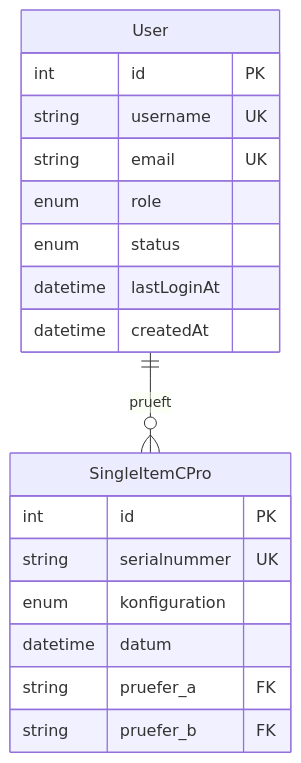
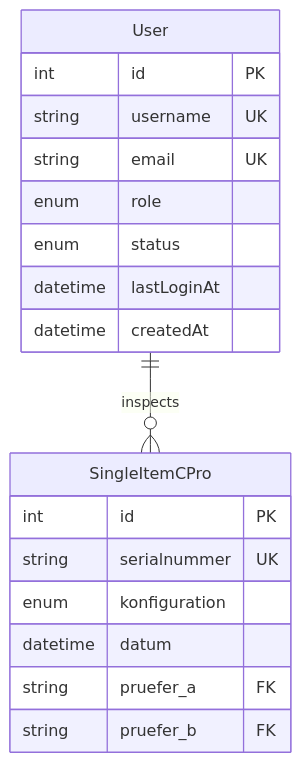
The second of 3 diagrams in docs/data/schema.de.md (JayeshKakkad-Rotoclear/Etikettdruck), drawn with Mermaid before and after one commit. The commit also changed other lines of this file and 62 other files, not shown here.

````diff
--- a/docs/data/schema.de.md
+++ b/docs/data/schema.de.md
@@ -133,23 +141,23 @@
 ```mermaid
 erDiagram
-		User {
-				int id PK
-				string username UK
-				string email UK
-				enum role
-				enum status
-				datetime lastLoginAt
-				datetime createdAt
-		}
+    User {
+        int id PK
+        string username UK
+        string email UK
+        enum role
+        enum status
+        datetime lastLoginAt
+        datetime createdAt
+    }
     
-		SingleItemCPro {
-				int id PK
-				string serialnummer UK
-				enum konfiguration
-				datetime datum
-				string pruefer_a FK
-				string pruefer_b FK
-		}
+    SingleItemCPro {
+        int id PK
+        string serialnummer UK
+        enum konfiguration
+        datetime datum
+        string pruefer_a FK
+        string pruefer_b FK
+    }
     
-		User ||--o{ SingleItemCPro : prueft
+    User ||--o{ SingleItemCPro : inspects
 ```
````
